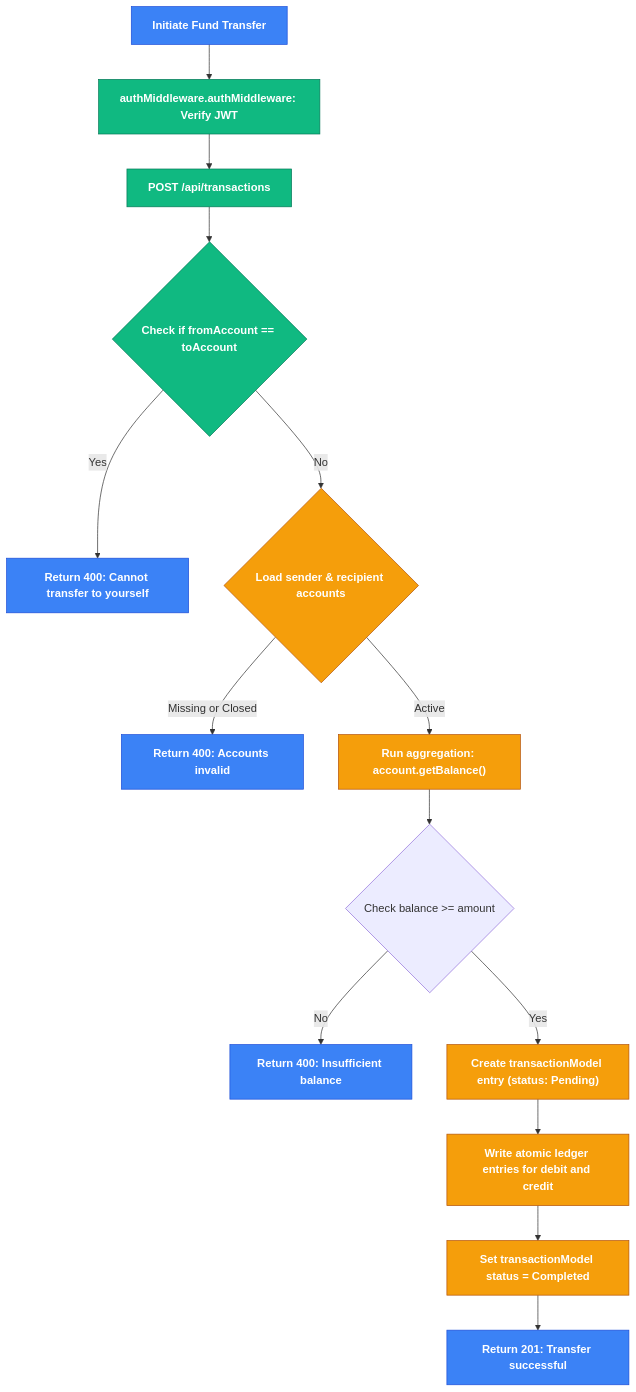
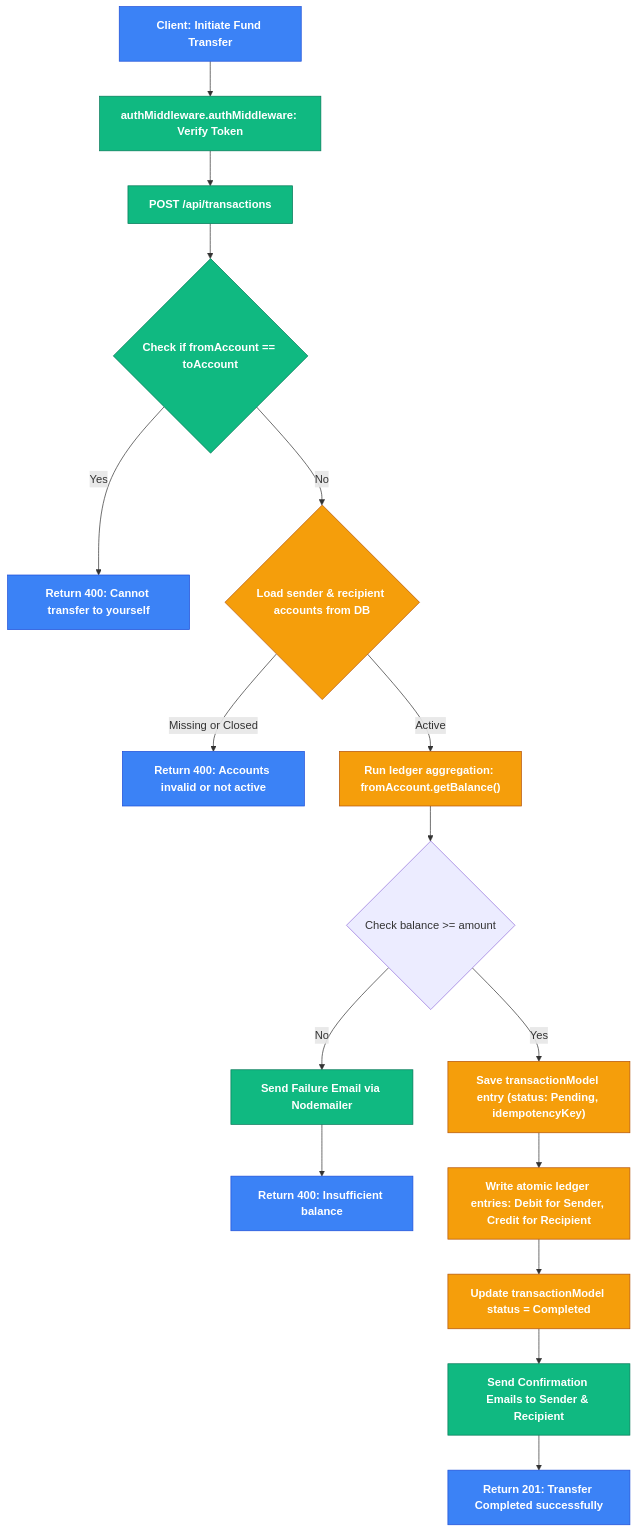
The fourth of 6 diagrams in README.md (nihar5776/Banking-System), drawn with Mermaid before and after one commit. The commit also changed other lines of this file, not shown here.

Commit message:
docs: complete redesign of README.md with detailed file links, API specs, and 5 Mermaid workflow diagrams

````diff
--- a/README.md
+++ b/README.md
@@ -143,26 +365,28 @@
 ```mermaid
 graph TD
     classDef client fill:#3b82f6,stroke:#1d4ed8,color:#fff,font-weight:bold;
     classDef server fill:#10b981,stroke:#047857,color:#fff,font-weight:bold;
     classDef db fill:#f59e0b,stroke:#b45309,color:#fff,font-weight:bold;
     
-    Start["Initiate Fund Transfer"] --> Guard["authMiddleware.authMiddleware: Verify JWT"]:::server
+    Start["Client: Initiate Fund Transfer"] --> Guard["authMiddleware.authMiddleware: Verify Token"]:::server
     Guard --> POST_Txn["POST /api/transactions"]:::server
     POST_Txn --> CheckSelf{"Check if fromAccount == toAccount"}:::server
     CheckSelf -->|Yes| FailSelf["Return 400: Cannot transfer to yourself"]:::server
-    CheckSelf -->|No| FindAccounts{"Load sender & recipient accounts"}:::db
+    CheckSelf -->|No| FindAccounts{"Load sender & recipient accounts from DB"}:::db
     
-    FindAccounts -->|Missing or Closed| FailStatus["Return 400: Accounts invalid"]:::server
-    FindAccounts -->|Active| CalcBalance["Run aggregation: account.getBalance()"]:::db
+    FindAccounts -->|Missing or Closed| FailStatus["Return 400: Accounts invalid or not active"]:::server
+    FindAccounts -->|Active| CalcBalance["Run ledger aggregation: fromAccount.getBalance()"]:::db
     
     CalcBalance --> CompareFunds{"Check balance >= amount"}
-    CompareFunds -->|No| FailBalance["Return 400: Insufficient balance"]:::server
-    CompareFunds -->|Yes| CreateTxn["Create transactionModel entry (status: Pending)"]:::db
+    CompareFunds -->|No| SendFailEmail["Send Failure Email via Nodemailer"]:::server
+    SendFailEmail --> FailBalance["Return 400: Insufficient balance"]:::server
     
-    CreateTxn --> WriteLedger["Write atomic ledger entries for debit and credit"]:::db
+    CompareFunds -->|Yes| CreateTxn["Save transactionModel entry (status: Pending, idempotencyKey)"]:::db
+    CreateTxn --> WriteLedger["Write atomic ledger entries: Debit for Sender, Credit for Recipient"]:::db
     
-    WriteLedger --> CompleteTxn["Set transactionModel status = Completed"]:::db
-    CompleteTxn --> TxnSuccess["Return 201: Transfer successful"]:::server
+    WriteLedger --> CompleteTxn["Update transactionModel status = Completed"]:::db
+    CompleteTxn --> SendSuccessEmails["Send Confirmation Emails to Sender & Recipient"]:::server
+    SendSuccessEmails --> TxnSuccess["Return 201: Transfer Completed successfully"]:::server
 
     class Start,FailSelf,FailStatus,FailBalance,TxnSuccess client;
 ```
````
